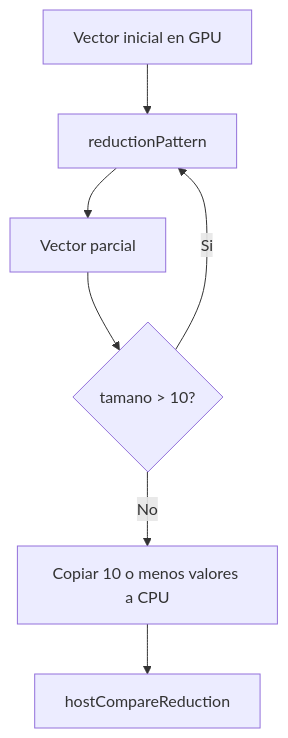
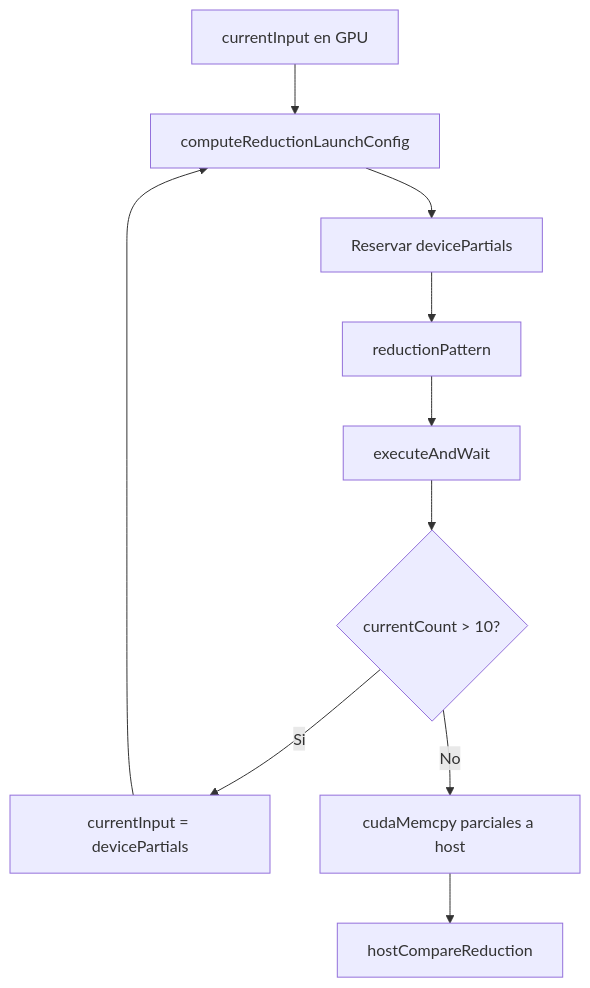
Diagram 19 of 30 in DOCUMENTACION_COMPLETA_PAP_AIR.md (aferamb/pap_air), drawn with Mermaid before and after one commit. The commit also changed other lines of this file and 1 other file, not shown here.

Commit message:
Update documentation to reflect current code structure and clarify phase 04 functionality, including detailed descriptions of device variables and histogram processing.

````diff
--- a/DOCUMENTACION_COMPLETA_PAP_AIR.md
+++ b/DOCUMENTACION_COMPLETA_PAP_AIR.md
@@ -1269,9 +1471,12 @@
 ```mermaid
 flowchart TD
-    A[Vector inicial en GPU] --> B[reductionPattern]
-    B --> C[Vector parcial]
-    C --> D{tamano > 10?}
-    D -- Si --> B
-    D -- No --> E[Copiar 10 o menos valores a CPU]
-    E --> F[hostCompareReduction]
+    A[currentInput en GPU] --> B[computeReductionLaunchConfig]
+    B --> C[Reservar devicePartials]
+    C --> D[reductionPattern]
+    D --> E[executeAndWait]
+    E --> F{currentCount > 10?}
+    F -- Si --> G[currentInput = devicePartials]
+    G --> B
+    F -- No --> H[cudaMemcpy parciales a host]
+    H --> I[hostCompareReduction]
 ```
````
